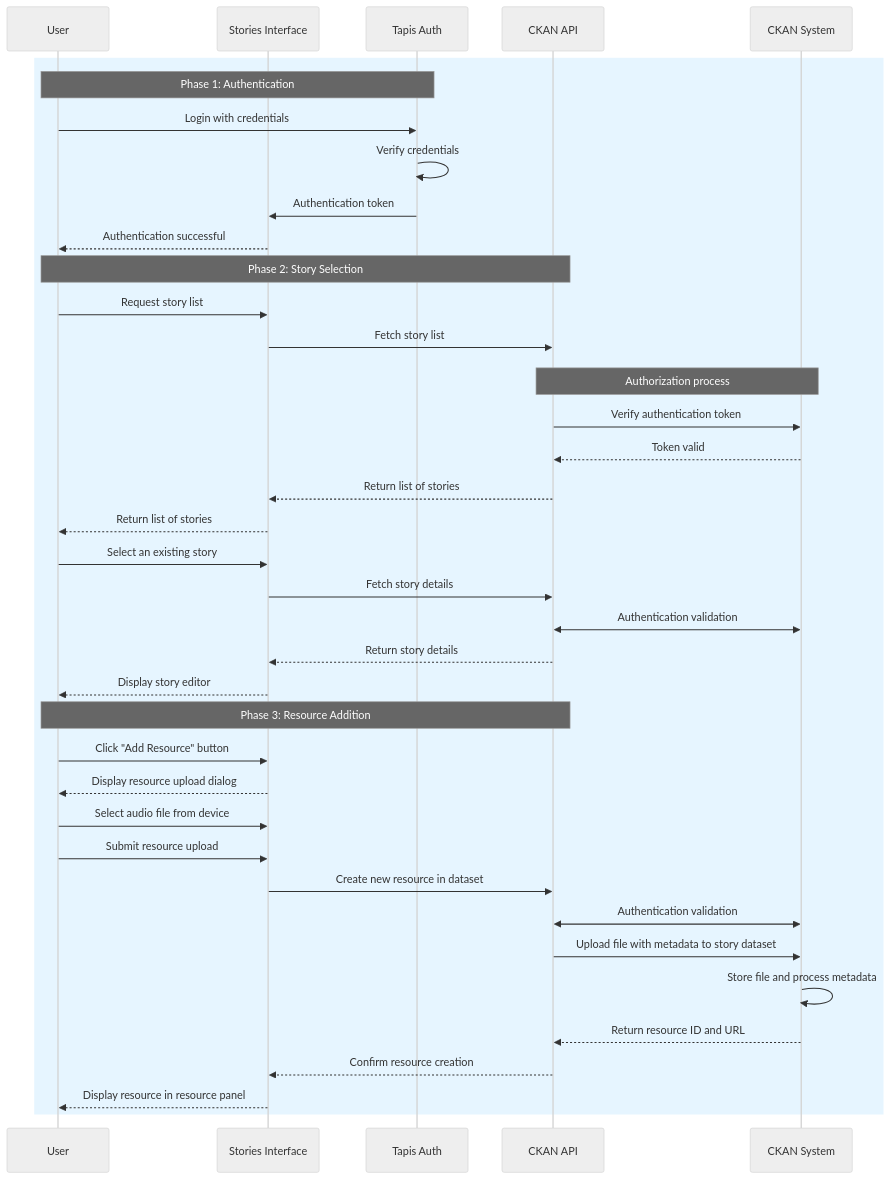
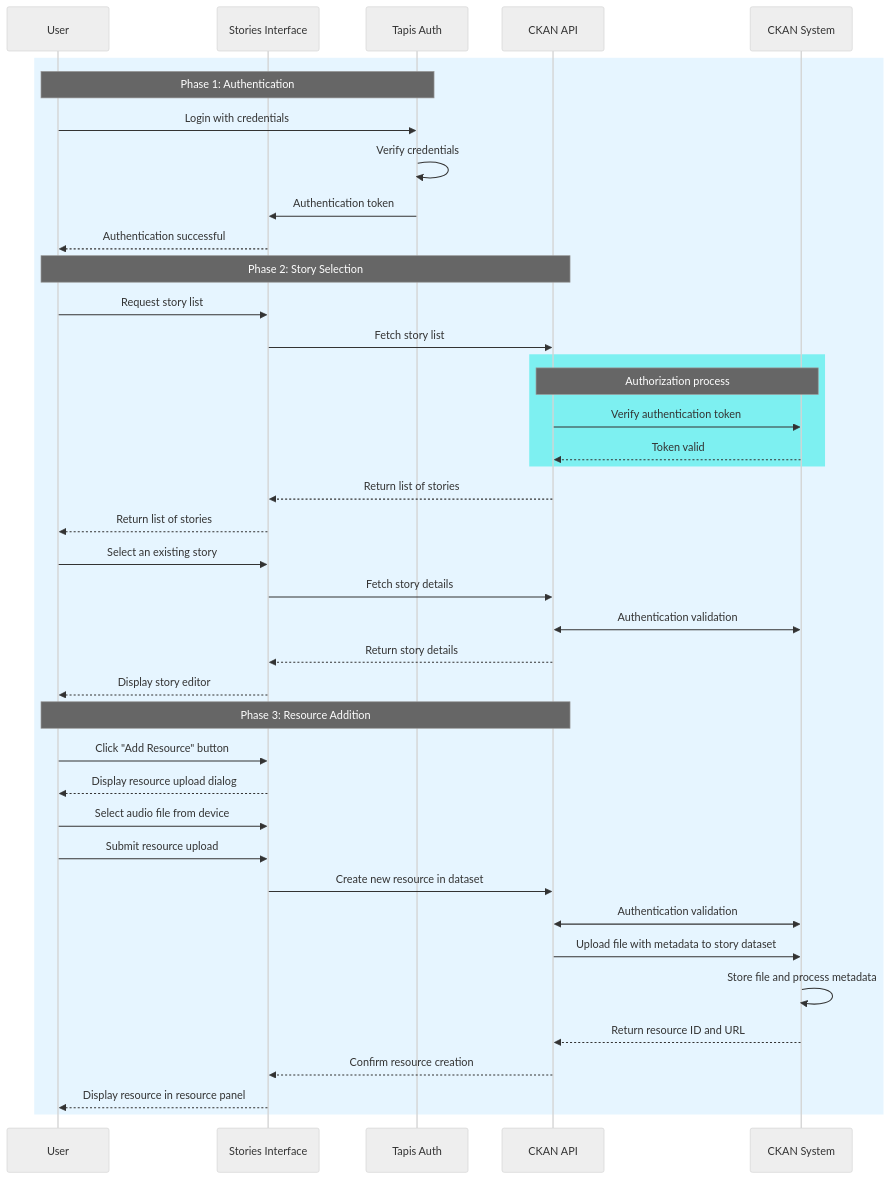
One commit to In-For-Disaster-Analytics/stories-ui changed the second of 6 diagrams in README-design.md. Above: the diagram before and after it, drawn with Mermaid. The commit also changed other lines of this file, not shown here.

Commit message:
Refactor sequence diagram styling and remove redundant workflow description section

````diff
--- a/README-design.md
+++ b/README-design.md
@@ -116,55 +116,55 @@
 ```mermaid
 %%{ init : { "theme" : "neutral", "themeVariables" : { "primaryColor" : "#fff", "primaryTextColor" : "#000", "primaryBorderColor" : "#000", "lineColor" : "#000", "secondaryColor" : "#f8f8f8", "tertiaryColor" : "#f0f0f0" }}}%%
 sequenceDiagram
    participant User
    participant SI as Stories Interface
    participant TA as Tapis Auth
    participant API as CKAN API
    participant CKAN as CKAN System
 
    %% Authentication Flow
    rect rgb(230, 245, 255)
     Note over User,TA: Phase 1: Authentication
     User->>TA: Login with credentials
     TA->>TA: Verify credentials
     TA->>SI: Authentication token
     SI-->>User: Authentication successful
 
     %% Create New Story
     Note over User,API: Phase 2: Story Selection
     User->>SI: Request story list
     SI->>API: Fetch story list
-    rect  rgb(230,245,255)
+    rect  rgba(125, 240, 241, 1)
     Note over API,CKAN: Authorization process
     API->>CKAN: Verify authentication token
     CKAN-->>API: Token valid
     end
     API-->>SI: Return list of stories
     SI-->>User: Return list of stories
     User->>SI: Select an existing story
     SI->>API: Fetch story details
      API<<->>CKAN: Authentication validation
 
     API-->>SI: Return story details
     SI-->>User: Display story editor
 
    Note over User,API: Phase 3: Resource Addition
    %% Add Audio Interview Resource
    User->>SI: Click "Add Resource" button
    SI-->>User: Display resource upload dialog
    User->>SI: Select audio file from device
    User->>SI: Submit resource upload
    SI->>API: Create new resource in dataset
    %% Resource Upload Process
      API<<->>CKAN: Authentication validation
 
    API->>CKAN: Upload file with metadata to story dataset
    CKAN->>CKAN: Store file and process metadata
    CKAN-->>API: Return resource ID and URL
    API-->>SI: Confirm resource creation
 
    %% Embed Resource in Story
    SI-->>User: Display resource in resource panel
 
   end
 ```
````
